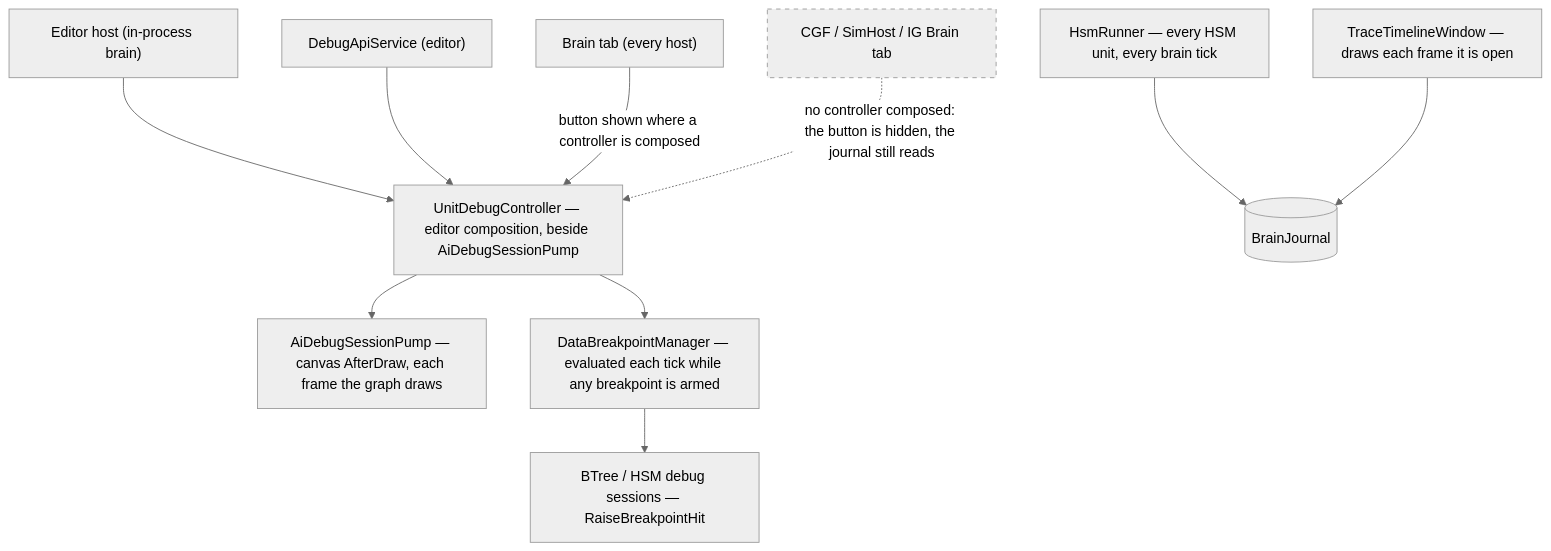
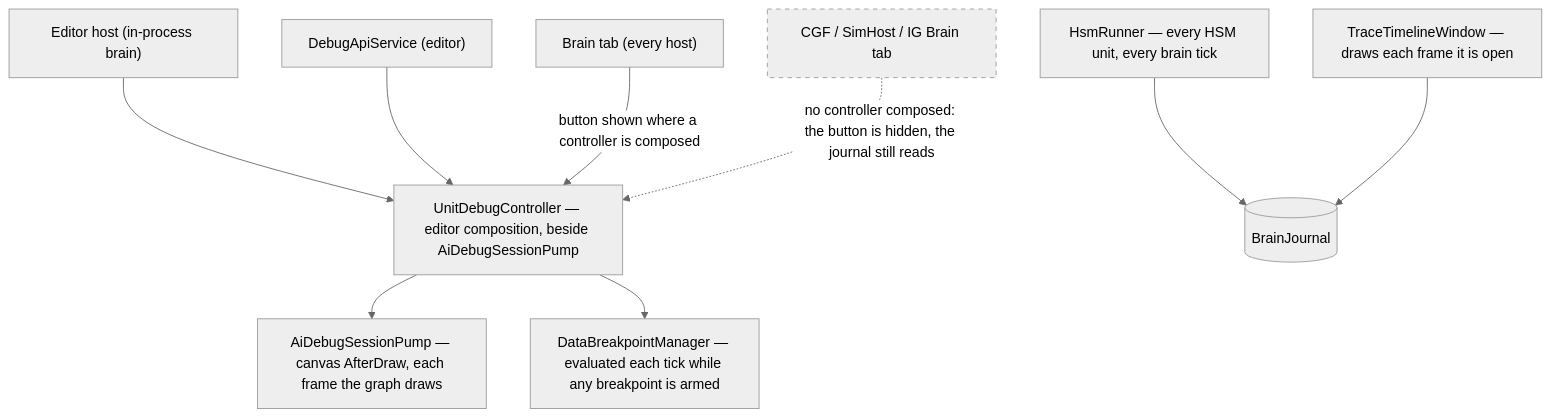
The tenth of 10 diagrams in docs/DESIGN_Entity_Brain_View.md (pjanec/HROT), drawn with Mermaid (neutral theme) before and after one commit. The commit also changed other lines of this file and 6 other files, not shown here.

````diff
--- a/docs/DESIGN_Entity_Brain_View.md
+++ b/docs/DESIGN_Entity_Brain_View.md
@@ -466,14 +461,13 @@
 ```mermaid
 graph TD
   ED["Editor host (in-process brain)"] --> UDC["UnitDebugController — editor composition, beside AiDebugSessionPump"]
   API["DebugApiService (editor)"] --> UDC
   TAB["Brain tab (every host)"] -->|"button shown where a controller is composed"| UDC
   UDC --> PUMP["AiDebugSessionPump — canvas AfterDraw, each frame the graph draws"]
   UDC --> DBM["DataBreakpointManager — evaluated each tick while any breakpoint is armed"]
-  DBM --> SES["BTree / HSM debug sessions — RaiseBreakpointHit"]
   RUN["HsmRunner — every HSM unit, every brain tick"] --> BJ[("BrainJournal")]
   TL["TraceTimelineWindow — draws each frame it is open"] --> BJ
   CGF["CGF / SimHost / IG Brain tab"] -.->|"no controller composed: the button is hidden, the journal still reads"| UDC
   classDef dead stroke-dasharray: 5 5
   class CGF dead
 ```
````
